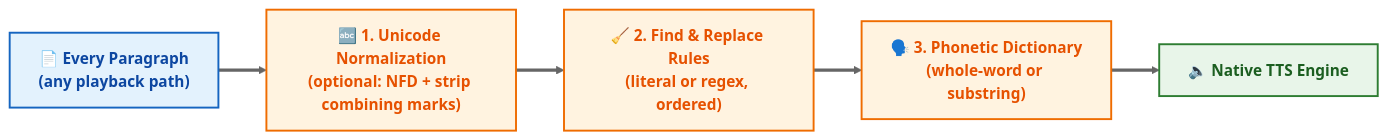
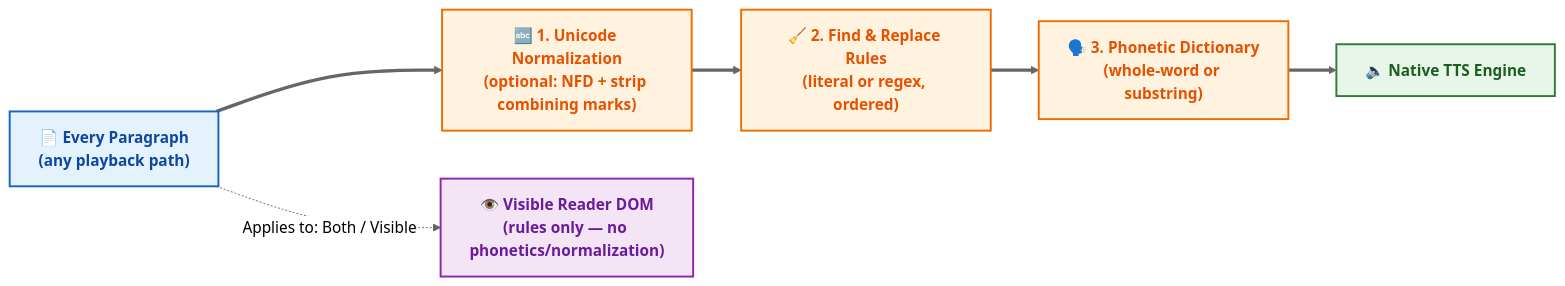
One commit to bizzkoot/lnreader changed the first of 3 diagrams in README.md. Above: the diagram before and after it, drawn with Mermaid (neutral theme). The commit also changed other lines of this file and 17 other files, not shown here.

````diff
--- a/README.md
+++ b/README.md
@@ -210,17 +210,20 @@
 ```mermaid
 flowchart LR
     %% Styles
     classDef src fill:#e3f2fd,stroke:#1565c0,stroke-width:2px,color:#0d47a1,font-weight:bold
     classDef clean fill:#fff3e0,stroke:#ef6c00,stroke-width:2px,color:#e65100,font-weight:bold
     classDef out fill:#e8f5e9,stroke:#2e7d32,stroke-width:2px,color:#1b5e20,font-weight:bold
+    classDef vis fill:#f3e5f5,stroke:#8e24aa,stroke-width:2px,color:#6a1b9a,font-weight:bold
 
     %% Nodes
     PARA["📄 Every Paragraph<br/>(any playback path)"]:::src
     NORM["🔤 1. Unicode Normalization<br/>(optional: NFD + strip combining marks)"]:::clean
     RULES["🧹 2. Find & Replace Rules<br/>(literal or regex, ordered)"]:::clean
     PHON["🗣️ 3. Phonetic Dictionary<br/>(whole-word or substring)"]:::clean
     TTS["🔈 Native TTS Engine"]:::out
+    VDOM["👁️ Visible Reader DOM<br/>(rules only — no phonetics/normalization)"]:::vis
 
     %% Flow
     PARA ==> NORM ==> RULES ==> PHON ==> TTS
+    PARA -. "Applies to: Both / Visible" .-> VDOM
 ```
````
